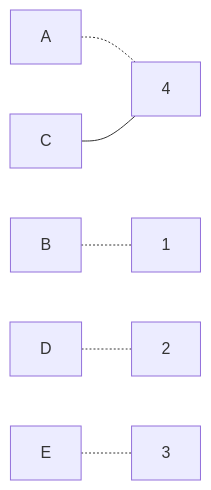
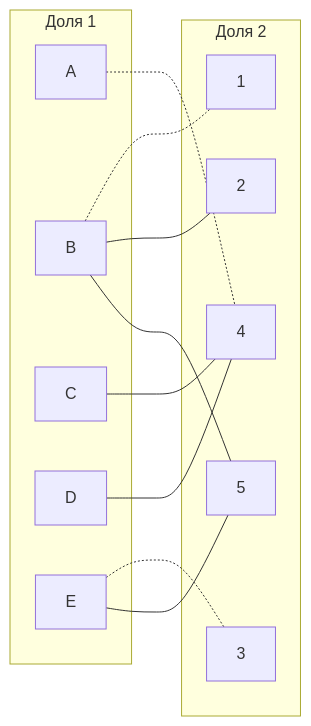
One commit to hse-algo-24-crow/manual-tasks-crow changed the second of 15 diagrams in task-8/Milty-task-8.md. Above: the diagram before and after it, drawn with Mermaid. The commit also changed other lines of this file, not shown here.

````diff
--- a/task-8/Milty-task-8.md
+++ b/task-8/Milty-task-8.md
@@ -76,8 +76,25 @@
 ```mermaid
 graph LR
+    subgraph "Доля 1"
+        A[A]
+        B[B]
+        C[C]
+        D[D]
+        E[E]
+    end
+    subgraph "Доля 2"
+        1[1]
+        2[2]
+        3[3]
+        4[4]
+        5[5]
+    end
     A -.- 4
     B -.- 1
-    D -.- 2
+    B --- 2
+    B --- 5
+    C --- 4
+    D --- 4
     E -.- 3
-    C --- 4
+    E --- 5
 ```
````
